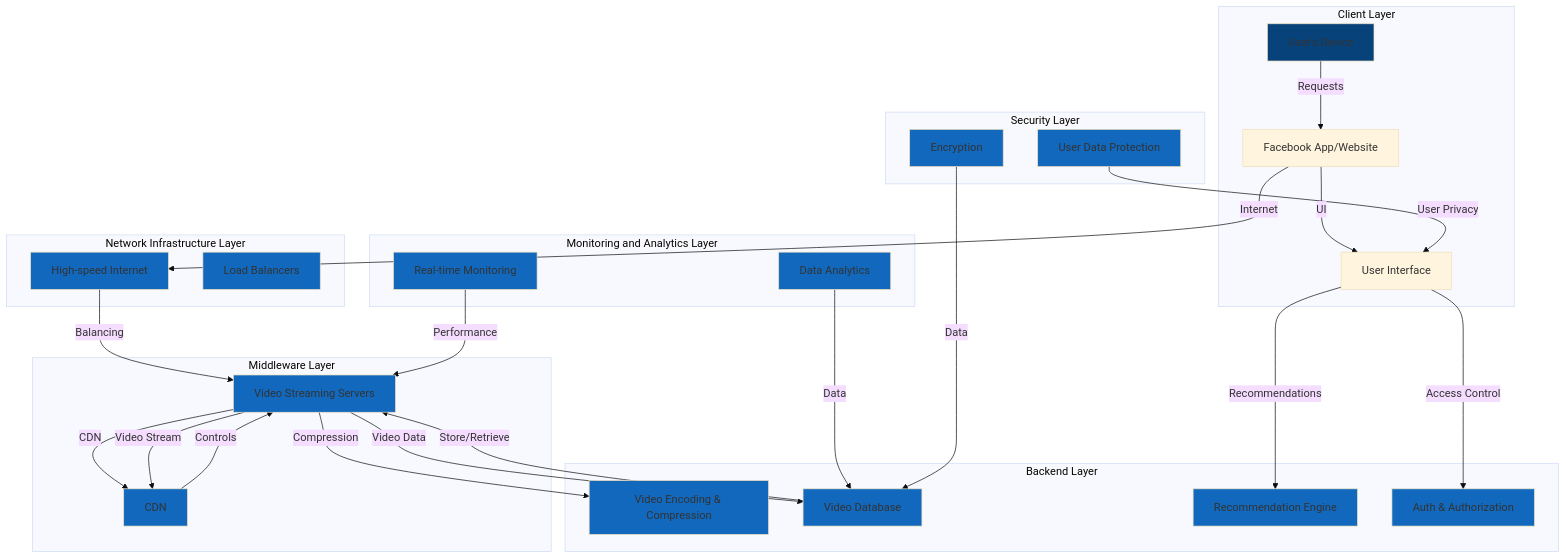
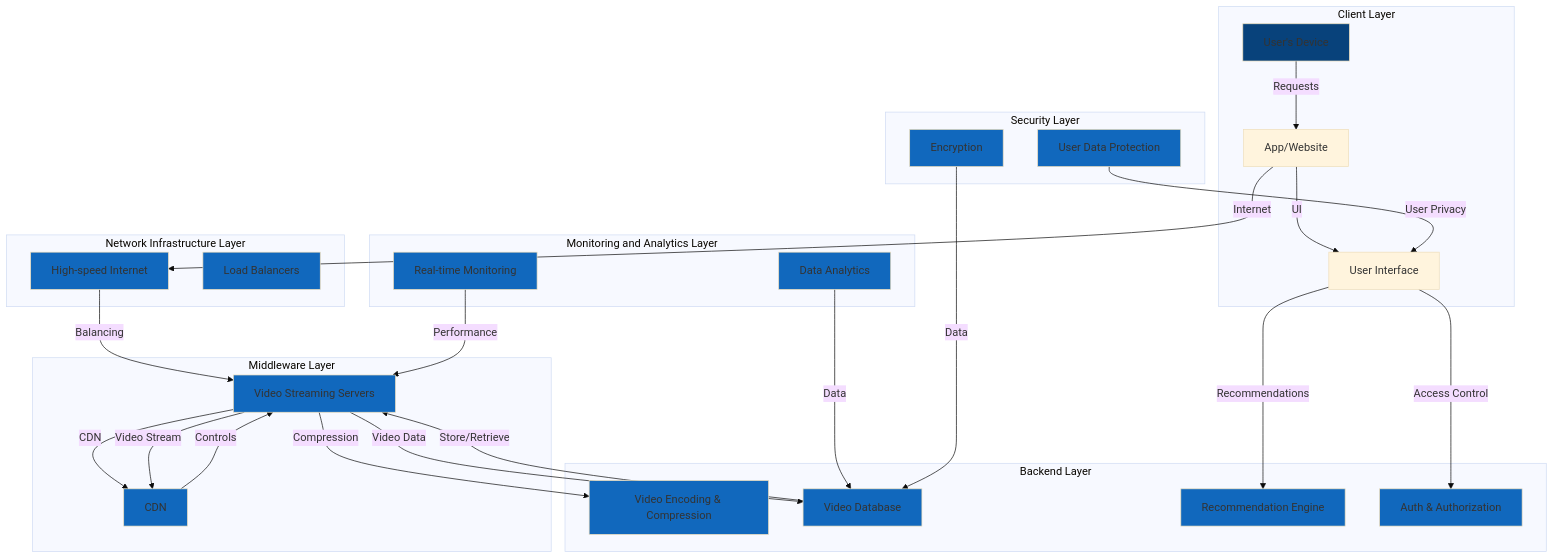
The diagram in VideoStreaming.md (archetana/refArchitectures), drawn with Mermaid (base theme) before and after one commit. The commit also changed other lines of this file, not shown here.

````diff
--- a/VideoStreaming.md
+++ b/VideoStreaming.md
@@ -1,59 +24,59 @@
 ```mermaid
 flowchart TB
 
 subgraph clientLayer[Client Layer]
     classDef person fill:#08427b
     A[User's Device]:::person
-    B[Facebook App/Website]
+    B[App/Website]
     D[User Interface]
 end
 
 subgraph networkLayer[Network Infrastructure Layer]
     classDef internalContainer fill:#1168bd
     K[High-speed Internet]:::internalContainer
     L[Load Balancers]:::internalContainer
 end
 
 subgraph middlewareLayer[Middleware Layer]
     classDef internalContainer fill:#1168bd
     E[CDN]:::internalContainer
     F[Video Streaming Servers]:::internalContainer
 end
 
 subgraph backendLayer[Backend Layer]
     classDef internalContainer fill:#1168bd
     G[Video Encoding & Compression]:::internalContainer
     H[Video Database]:::internalContainer
     I[Recommendation Engine]:::internalContainer
     J[Auth & Authorization]:::internalContainer
 end
 
 subgraph monitoringLayer[Monitoring and Analytics Layer]
     classDef internalContainer fill:#1168bd
     M[Real-time Monitoring]:::internalContainer
     N[Data Analytics]:::internalContainer
 end
 
 subgraph securityLayer[Security Layer]
     classDef internalContainer fill:#1168bd
     O[Encryption]:::internalContainer
     P[User Data Protection]:::internalContainer
 end
 
 A -->|Requests| B
 B -->|Internet| K
 K -->|Balancing| F
 F -->|Video Data| H
 F -->|CDN| E
 H -->|Store/Retrieve| F
 F -->|Compression| G
 F -->|Video Stream| E
 E -->|Controls| F
 D -->|Access Control| J
 D -->|Recommendations| I
 B -->|UI| D
 N -->|Data| H
 M -->|Performance| F
 O -->|Data| H
 P -->|User Privacy| D
 ```
````
